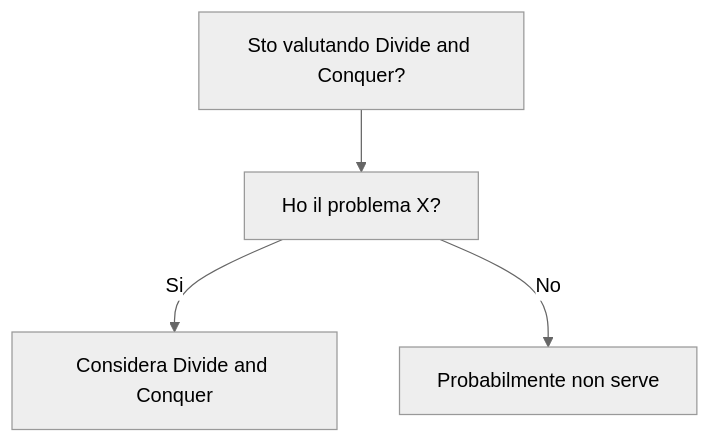
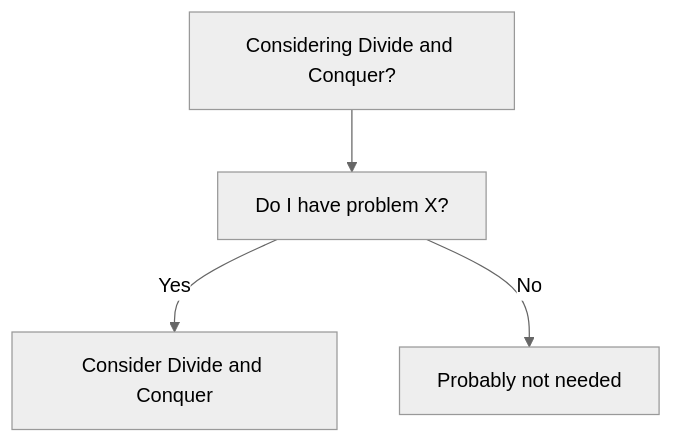
The diagram in dev-wiki/15_Algorithms_DataStructures/Divide_and_Conquer/When_To_Use.md (HxT9/Software-Dev-Wiki), drawn with Mermaid (neutral theme) before and after one commit. The commit also changed other lines of this file and 3444 other files, not shown here.

````diff
--- a/dev-wiki/15_Algorithms_DataStructures/Divide_and_Conquer/When_To_Use.md
+++ b/dev-wiki/15_Algorithms_DataStructures/Divide_and_Conquer/When_To_Use.md
@@ -19,6 +19,6 @@
 ```mermaid
 flowchart TD
-  Q[Sto valutando Divide and Conquer?] --> Q1[Ho il problema X?]
-  Q1 -->|Si| OK[Considera Divide and Conquer]
-  Q1 -->|No| NO[Probabilmente non serve]
+  Q[Considering Divide and Conquer?] --> Q1[Do I have problem X?]
+  Q1 -->|Yes| OK[Consider Divide and Conquer]
+  Q1 -->|No| NO[Probably not needed]
 ```
````
